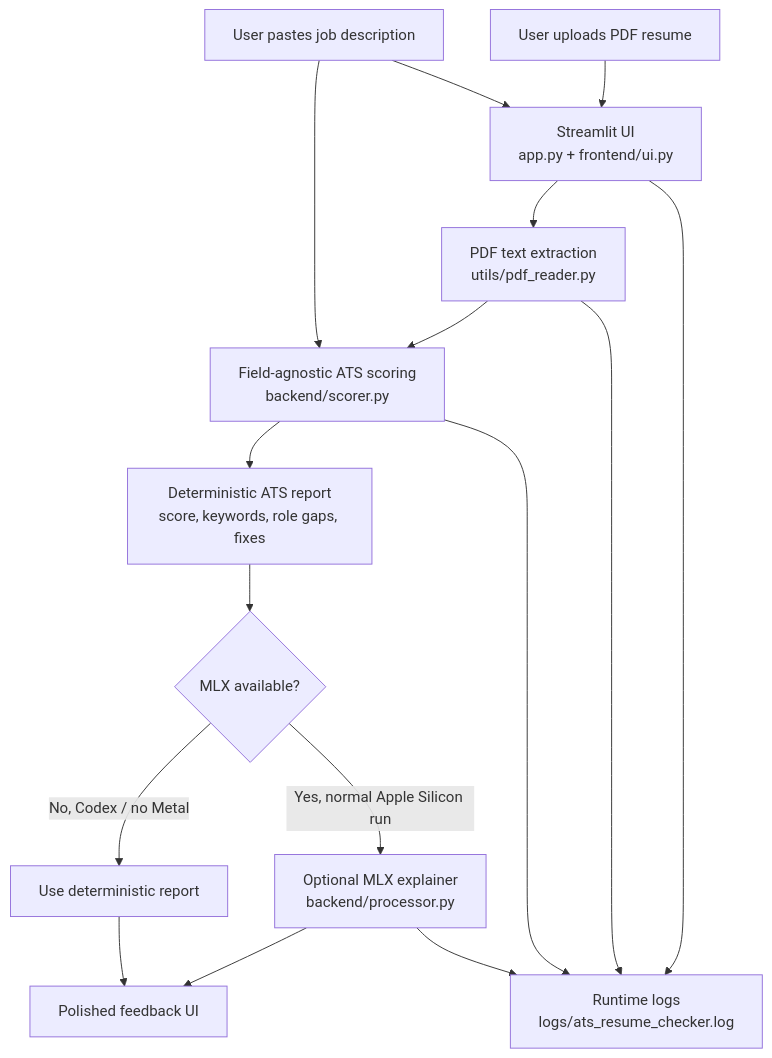
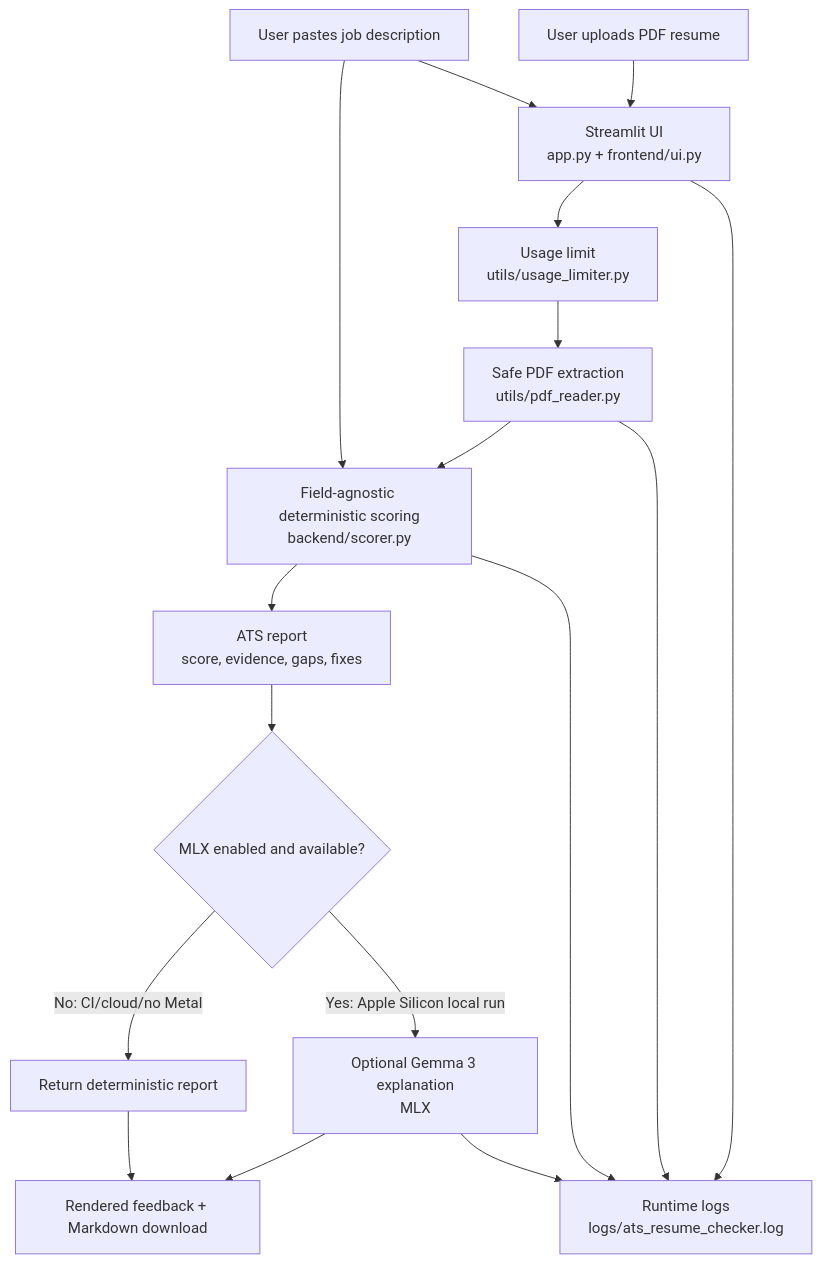
The diagram in docs/architecture.md (shreyshrivastava/ats_resume_checker_gemma3_hf), drawn with Mermaid before and after one commit. The commit also changed other lines of this file and 39 other files, not shown here.

````diff
--- a/docs/architecture.md
+++ b/docs/architecture.md
@@ -11,18 +12,19 @@
 ```mermaid
 flowchart TD
     A["User uploads PDF resume"] --> B["Streamlit UI<br/>app.py + frontend/ui.py"]
     C["User pastes job description"] --> B
-    B --> D["PDF text extraction<br/>utils/pdf_reader.py"]
-    D --> E["Field-agnostic ATS scoring<br/>backend/scorer.py"]
+    B --> L["Usage limit<br/>utils/usage_limiter.py"]
+    L --> D["Safe PDF extraction<br/>utils/pdf_reader.py"]
+    D --> E["Field-agnostic deterministic scoring<br/>backend/scorer.py"]
     C --> E
-    E --> F["Deterministic ATS report<br/>score, keywords, role gaps, fixes"]
-    F --> G{"MLX available?"}
-    G -- "Yes, normal Apple Silicon run" --> H["Optional MLX explainer<br/>backend/processor.py"]
-    G -- "No, Codex / no Metal" --> I["Use deterministic report"]
-    H --> J["Polished feedback UI"]
+    E --> F["ATS report<br/>score, evidence, gaps, fixes"]
+    F --> G{"MLX enabled and available?"}
+    G -- "Yes: Apple Silicon local run" --> H["Optional Gemma 3 explanation<br/>MLX"]
+    G -- "No: CI/cloud/no Metal" --> I["Return deterministic report"]
+    H --> J["Rendered feedback + Markdown download"]
     I --> J
     B --> K["Runtime logs<br/>logs/ats_resume_checker.log"]
     D --> K
     E --> K
     H --> K
 ```
````
